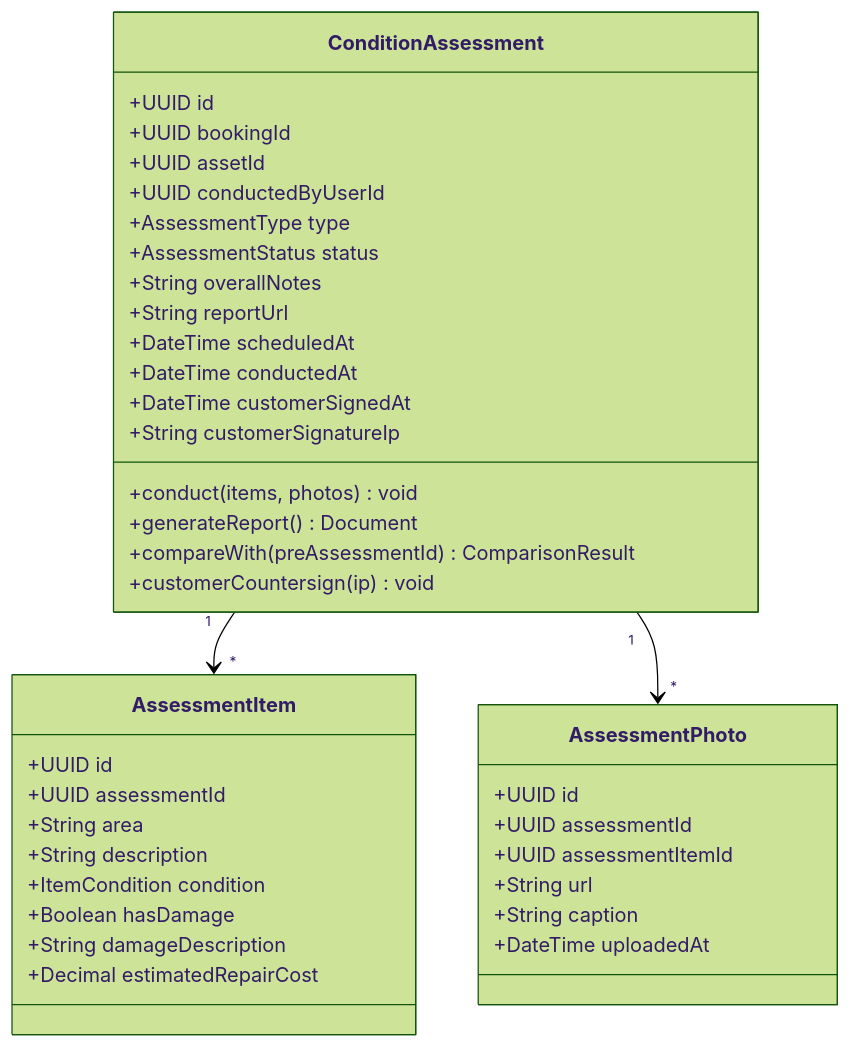
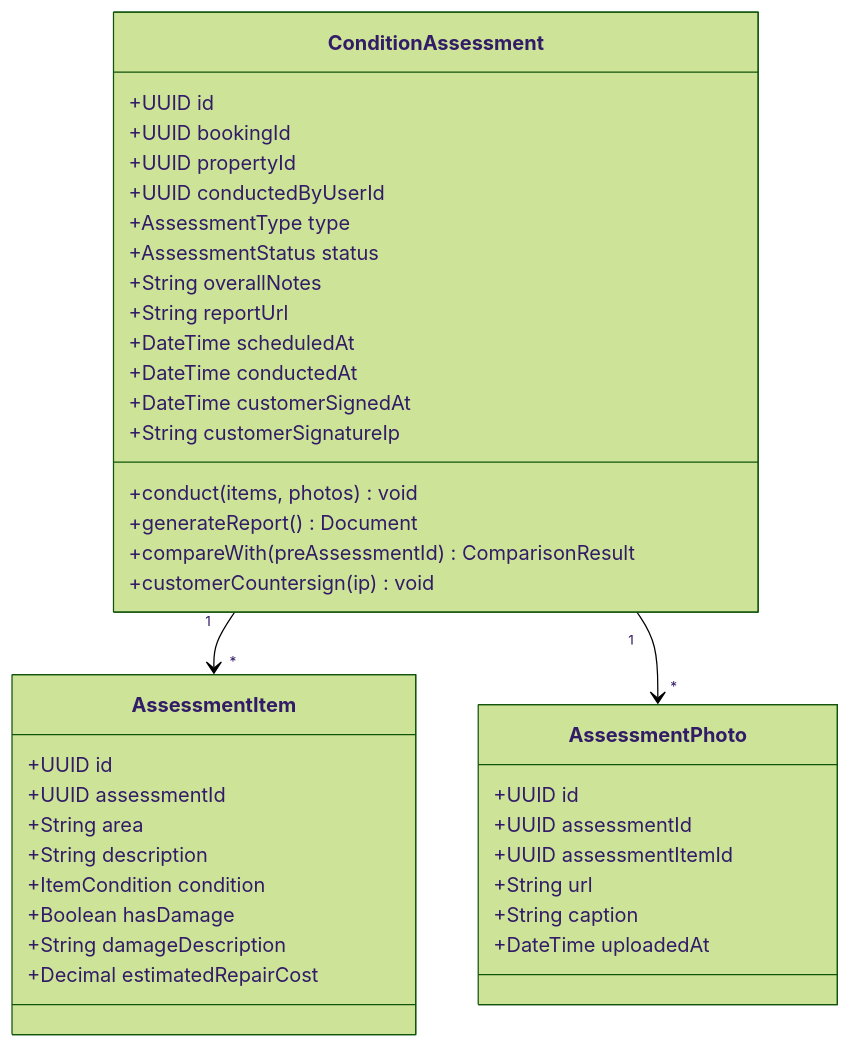
Before and after one commit to 0Ankit0/meroghar: the seventh of 8 diagrams in docs/detailed-design/class-diagrams.md, drawn with Mermaid (forest theme). The commit also changed other lines of this file and 13 other files, not shown here.

````diff
--- a/docs/detailed-design/class-diagrams.md
+++ b/docs/detailed-design/class-diagrams.md
@@ -425,44 +425,44 @@
 ```mermaid
 classDiagram
     class ConditionAssessment {
         +UUID id
         +UUID bookingId
-        +UUID assetId
+        +UUID propertyId
         +UUID conductedByUserId
         +AssessmentType type
         +AssessmentStatus status
         +String overallNotes
         +String reportUrl
         +DateTime scheduledAt
         +DateTime conductedAt
         +DateTime customerSignedAt
         +String customerSignatureIp
         +conduct(items, photos) void
         +generateReport() Document
         +compareWith(preAssessmentId) ComparisonResult
         +customerCountersign(ip) void
     }
 
     class AssessmentItem {
         +UUID id
         +UUID assessmentId
         +String area
         +String description
         +ItemCondition condition
         +Boolean hasDamage
         +String damageDescription
         +Decimal estimatedRepairCost
     }
 
     class AssessmentPhoto {
         +UUID id
         +UUID assessmentId
         +UUID assessmentItemId
         +String url
         +String caption
         +DateTime uploadedAt
     }
 
     ConditionAssessment "1" --> "*" AssessmentItem
     ConditionAssessment "1" --> "*" AssessmentPhoto
 ```
````
